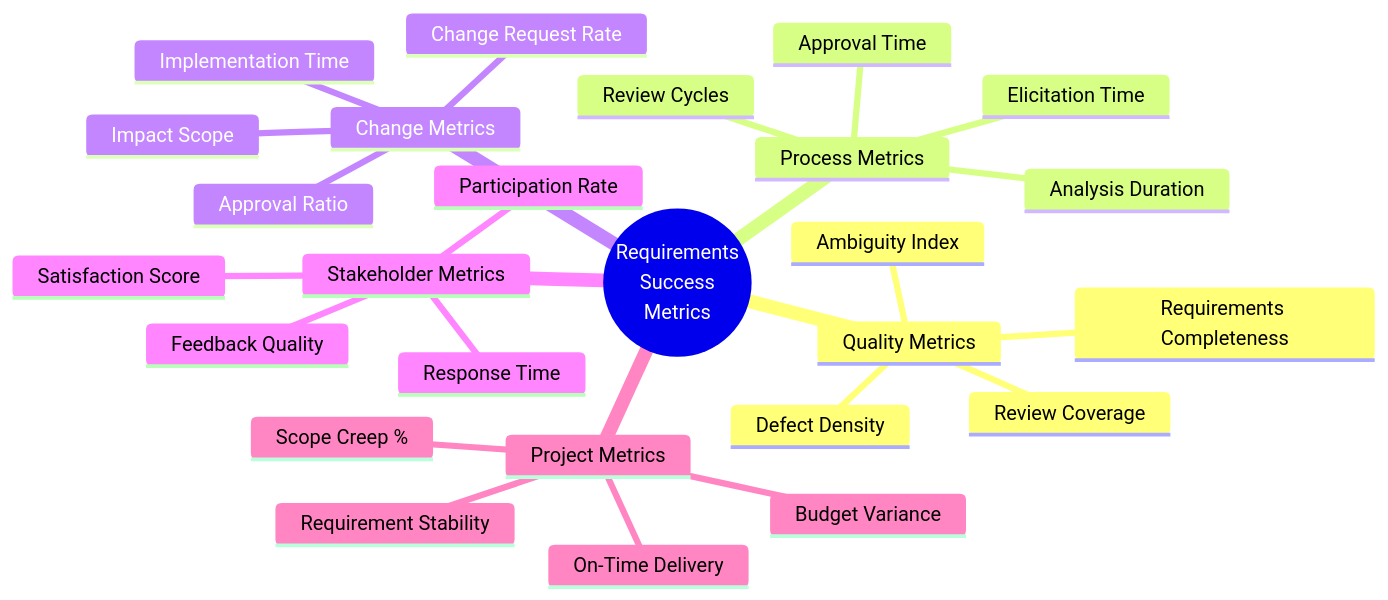
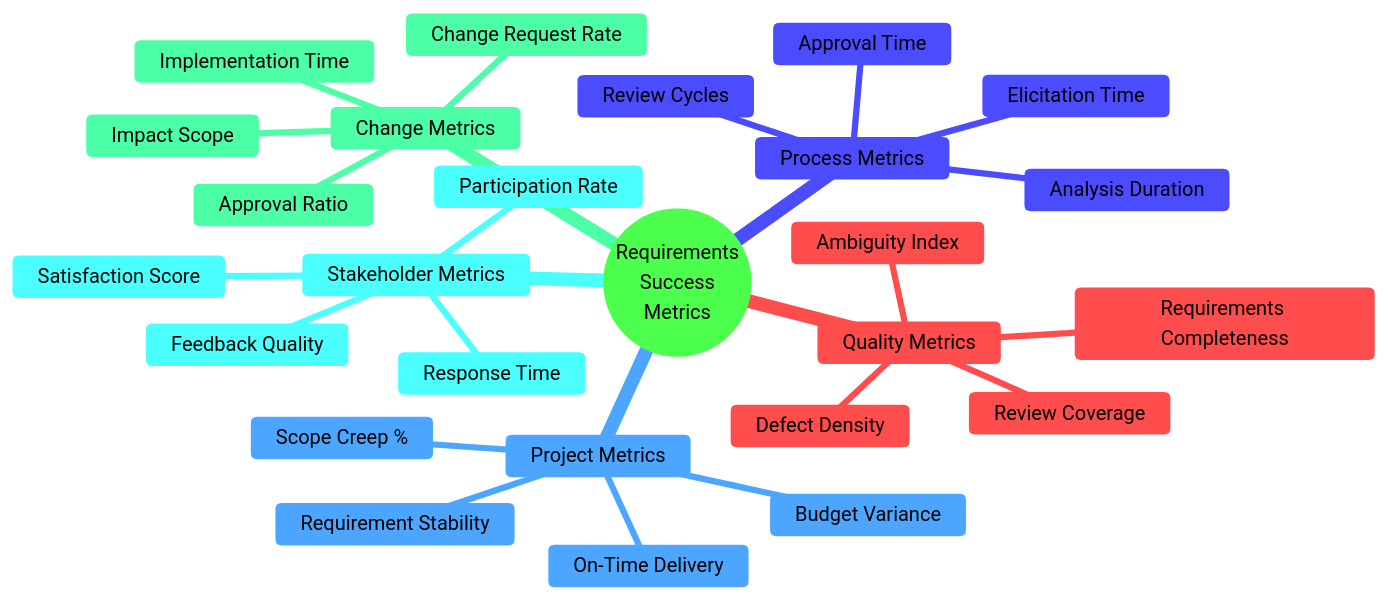
Diagram 35 of 39 in Requirement Management/RequirementManagement.md (gitpavleenbali/DevOps-PPT-People-Processes-and-Tools), drawn with Mermaid before and after one commit. The commit also changed other lines of this file, not shown here.

Commit message:
Fix diagram text visibility

````diff
--- a/Requirement Management/RequirementManagement.md
+++ b/Requirement Management/RequirementManagement.md
@@ -1400,29 +1407,30 @@
 ```mermaid
+%%{init: {'theme':'base', 'themeVariables': { 'primaryColor':'#ccffcc','primaryTextColor':'#000','primaryBorderColor':'#000','lineColor':'#000','secondaryColor':'#ffcccc','tertiaryColor':'#ccccff'}}}%%
 mindmap
   root((Requirements<br/>Success<br/>Metrics))
     Quality Metrics
       Requirements Completeness
       Defect Density
       Ambiguity Index
       Review Coverage
     Process Metrics
       Elicitation Time
       Analysis Duration
       Review Cycles
       Approval Time
     Change Metrics
       Change Request Rate
       Approval Ratio
       Implementation Time
       Impact Scope
     Stakeholder Metrics
       Satisfaction Score
       Participation Rate
       Response Time
       Feedback Quality
     Project Metrics
       On-Time Delivery
       Scope Creep %
       Budget Variance
       Requirement Stability
 ```
````
